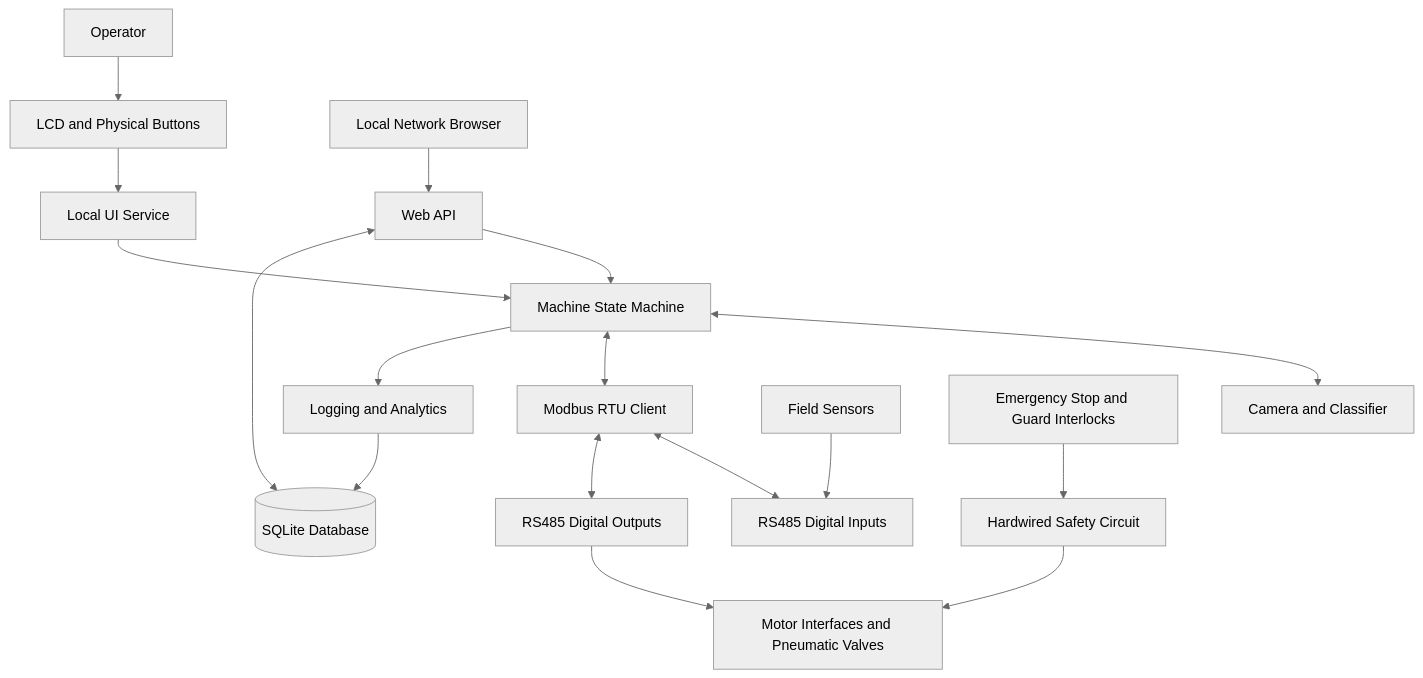
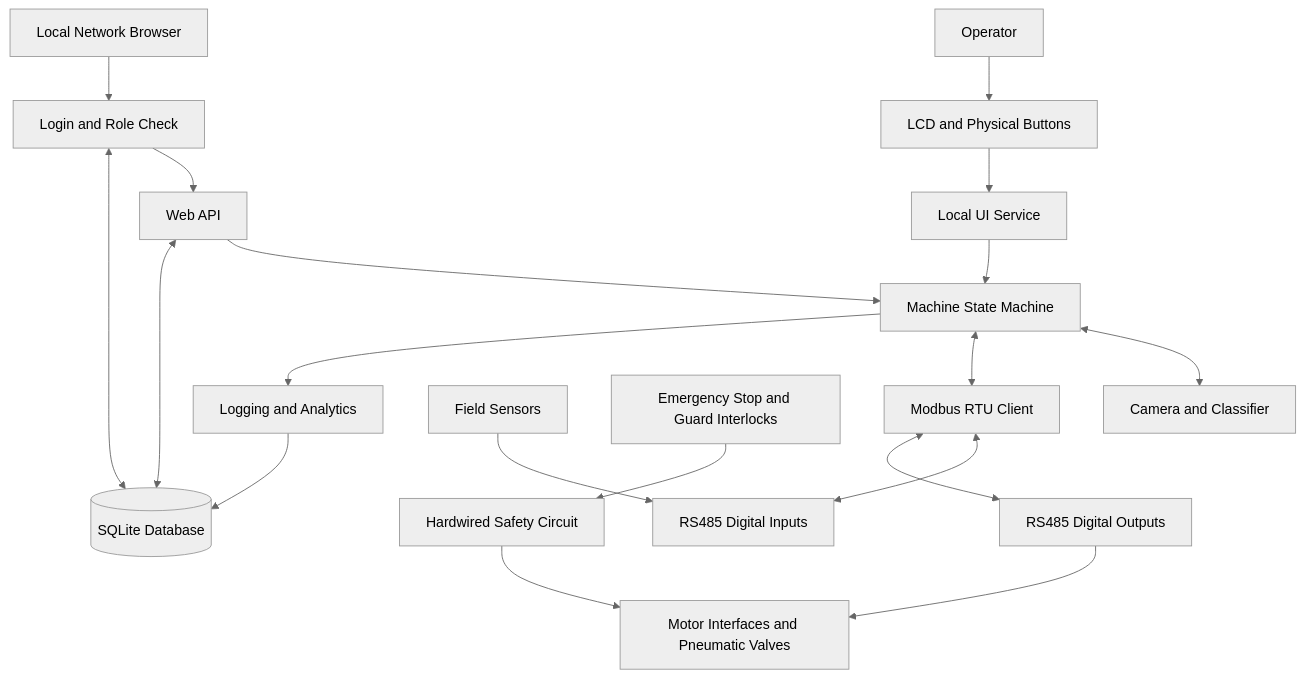
Before and after one commit to janreinhartp/garbage-sorting-and-compaction-machine: the first of 3 diagrams in docs/03-system-architecture.md, drawn with Mermaid (neutral theme). The commit also changed other lines of this file and 6 other files, not shown here.

First line of the commit message:
Finalize design docs: settable bin categories and role-based web login

````diff
--- a/docs/03-system-architecture.md
+++ b/docs/03-system-architecture.md
@@ -19,36 +20,39 @@
 ```mermaid
 flowchart TD
     Operator[Operator]
     LCD[LCD and Physical Buttons]
     Browser[Local Network Browser]
+    Auth[Login and Role Check]
     API[Web API]
     UI[Local UI Service]
     SM[Machine State Machine]
     Vision[Camera and Classifier]
     DB[(SQLite Database)]
     Services[Logging and Analytics]
     Modbus[Modbus RTU Client]
     DI[RS485 Digital Inputs]
     DO[RS485 Digital Outputs]
     Sensors[Field Sensors]
     Actuators[Motor Interfaces and Pneumatic Valves]
     Safety[Hardwired Safety Circuit]
     EStop[Emergency Stop and Guard Interlocks]
 
     Operator --> LCD
     LCD --> UI
-    Browser --> API
+    Browser --> Auth
+    Auth --> API
+    Auth <--> DB
     UI --> SM
     API --> SM
     SM <--> Vision
     SM <--> Modbus
     Modbus <--> DI
     Modbus <--> DO
     Sensors --> DI
     DO --> Actuators
     SM --> Services
     Services --> DB
     API <--> DB
     EStop --> Safety
     Safety --> Actuators
 ```
````
